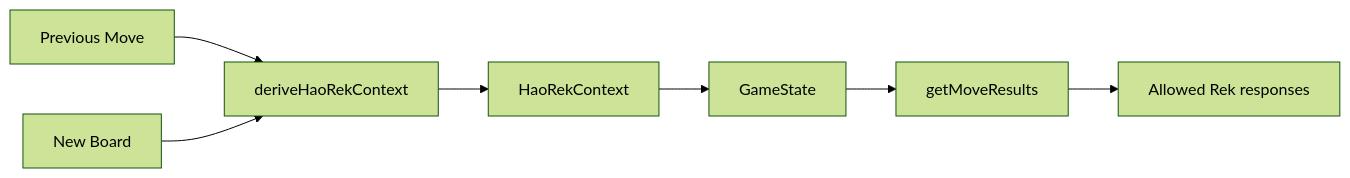
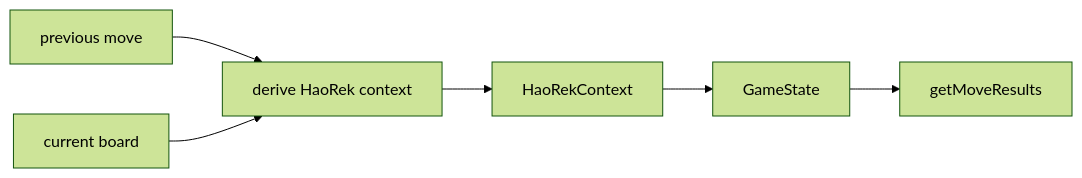
The seventh of 7 diagrams in ENGINE_ARCHITECTURE_REK_KHMER.md (machxanht/Rek-Khmer-Chess), drawn with Mermaid (forest theme) before and after one commit. The commit also changed other lines of this file and 13 other files, not shown here.

````diff
--- a/ENGINE_ARCHITECTURE_REK_KHMER.md
+++ b/ENGINE_ARCHITECTURE_REK_KHMER.md
@@ -292,9 +363,8 @@
 ```mermaid
 flowchart LR
-    PREV[Previous Move] --> DETECT[deriveHaoRekContext]
-    BOARD[New Board] --> DETECT
+    PREV[previous move] --> DETECT[derive HaoRek context]
+    BOARD[current board] --> DETECT
     DETECT --> CTX[HaoRekContext]
     CTX --> STATE[GameState]
     STATE --> LEGAL[getMoveResults]
-    LEGAL --> RESPONSE[Allowed Rek responses]
 ```
````
